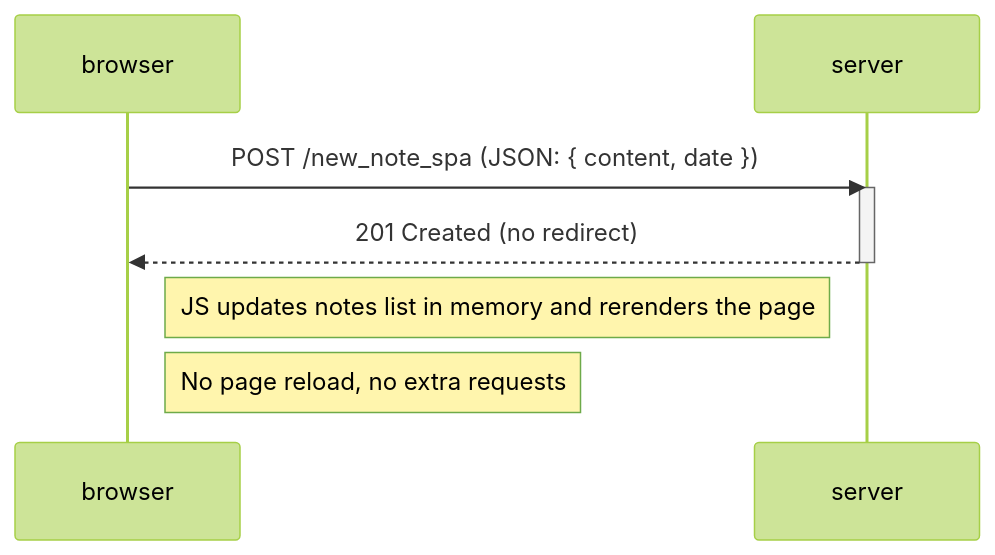
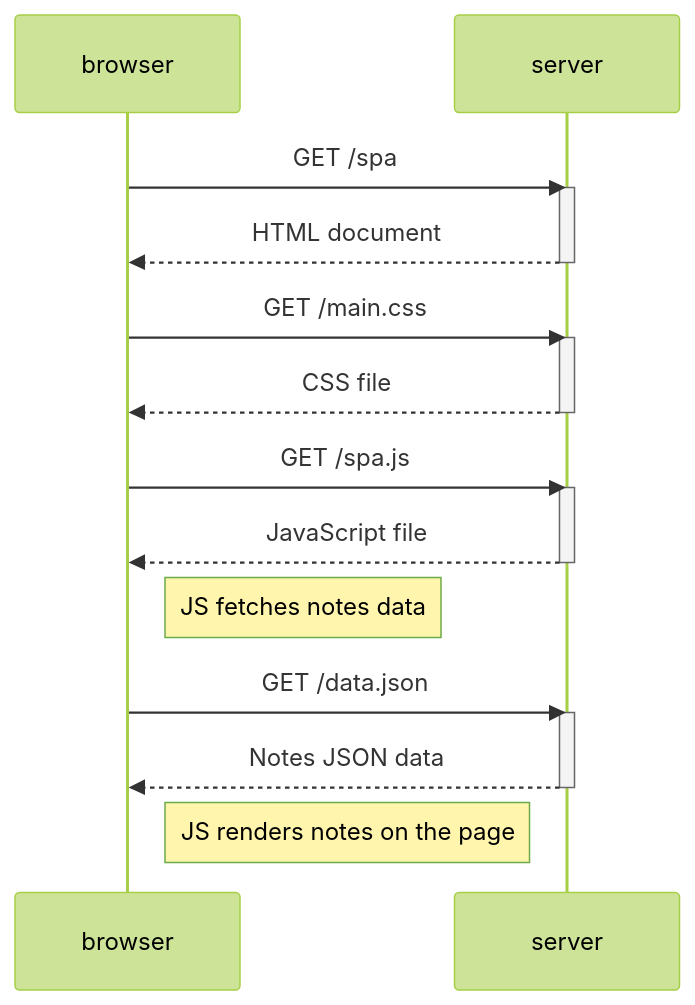
Before and after one commit to TubofGlasses/FullstackCourse: the diagram in ex0.5.md, drawn with Mermaid (forest theme). The commit also changed 1 other file, not shown here.

Commit message:
exercise 0.5 and 0.6

````diff
--- a/ex0.5.md
+++ b/ex0.5.md
@@ -1,13 +1,29 @@
 ```mermaid
 sequenceDiagram
     participant browser
     participant server
 
-    browser->>server: POST /new_note_spa (JSON: { content, date })
+    browser->>server: GET /spa
     activate server
-    server-->>browser: 201 Created (no redirect)
+    server-->>browser: HTML document
     deactivate server
 
-    Note right of browser: JS updates notes list in memory and rerenders the page
-    Note right of browser: No page reload, no extra requests
+    browser->>server: GET /main.css
+    activate server
+    server-->>browser: CSS file
+    deactivate server
+
+    browser->>server: GET /spa.js
+    activate server
+    server-->>browser: JavaScript file
+    deactivate server
+
+    Note right of browser: JS fetches notes data
+
+    browser->>server: GET /data.json
+    activate server
+    server-->>browser: Notes JSON data
+    deactivate server
+
+    Note right of browser: JS renders notes on the page
 ```
````
